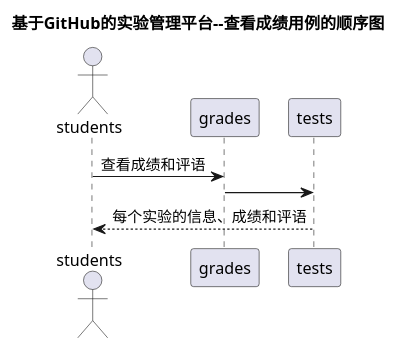
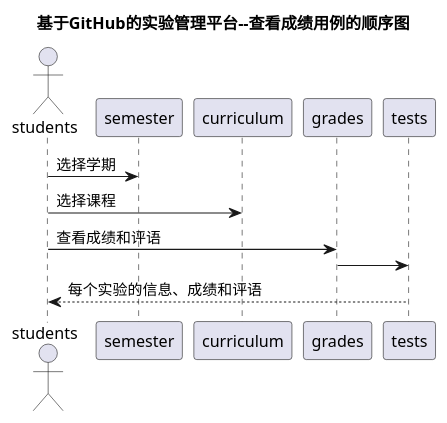
One commit to zhouboling/is_analysis changed the diagram in test6/src/sequence查看成绩.puml. Above: the diagram before and after it, drawn with PlantUML. The commit also changed 16 other files, not shown here.

```diff
--- a/test6/src/sequence查看成绩.puml
+++ b/test6/src/sequence查看成绩.puml
@@ -1,7 +1,9 @@
 @startuml
 title 基于GitHub的实验管理平台--查看成绩用例的顺序图
 actor students
+students ->semester:选择学期
+students ->curriculum:选择课程
 students -> grades: 查看成绩和评语
 grades -> tests
 tests --> students:每个实验的信息、成绩和评语
 @enduml
```
